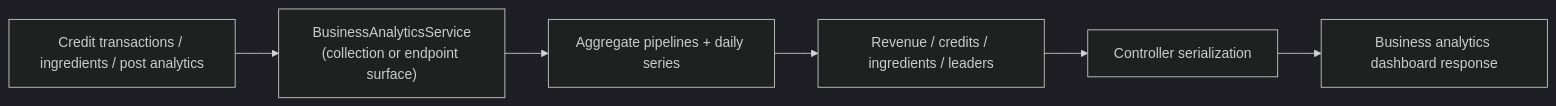
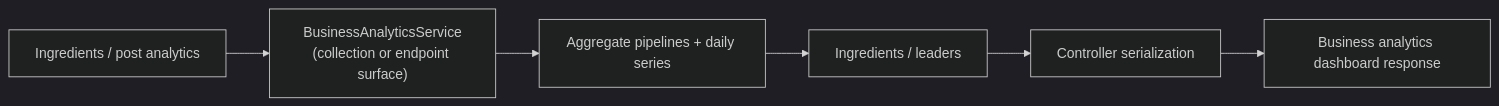
The second of 3 diagrams in apps/docs/content/core-loop/analytics-backbone.mdx (genfeedai/genfeed.ai), drawn with Mermaid (dark theme) before and after one commit. The commit also changed other lines of this file and 80 other files, not shown here.

````diff
--- a/apps/docs/content/core-loop/analytics-backbone.mdx
+++ b/apps/docs/content/core-loop/analytics-backbone.mdx
@@ -118,8 +105,8 @@
 ```mermaid
 flowchart LR
-  A["Credit transactions / ingredients / post analytics"] --> B["BusinessAnalyticsService\n(collection or endpoint surface)"]
+  A["Ingredients / post analytics"] --> B["BusinessAnalyticsService\n(collection or endpoint surface)"]
   B --> C["Aggregate pipelines + daily series"]
-  C --> D["Revenue / credits / ingredients / leaders"]
+  C --> D["Ingredients / leaders"]
   D --> E["Controller serialization"]
   E --> F["Business analytics dashboard response"]
 ```
````
